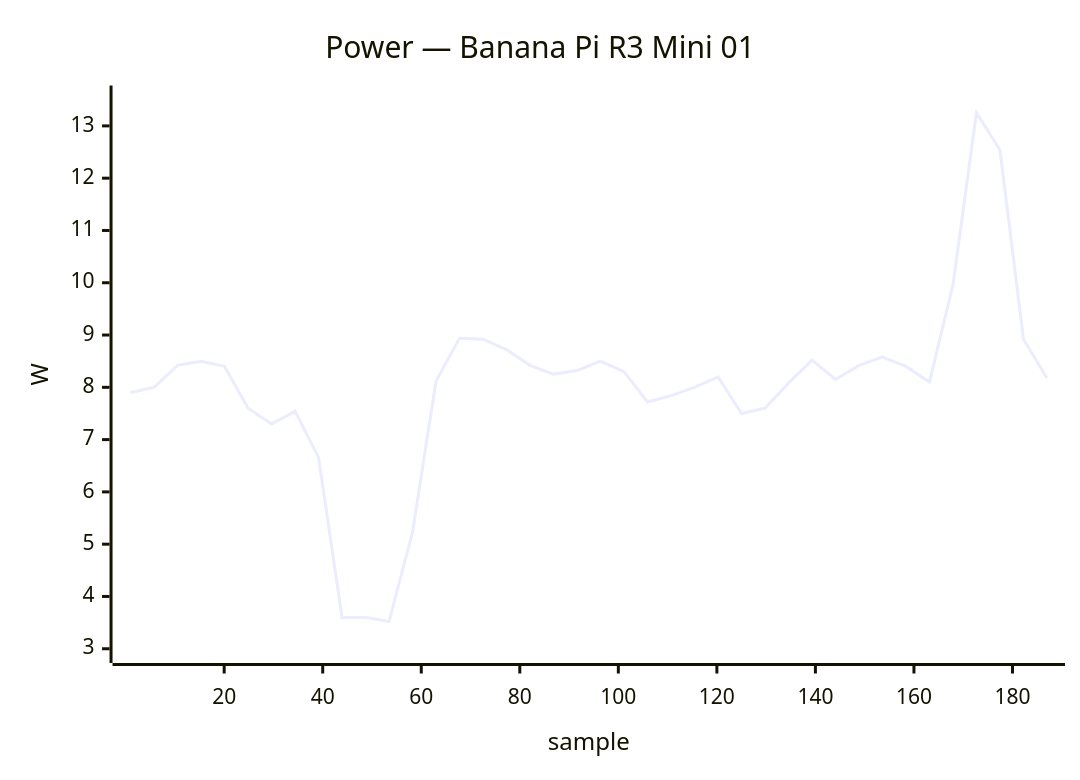
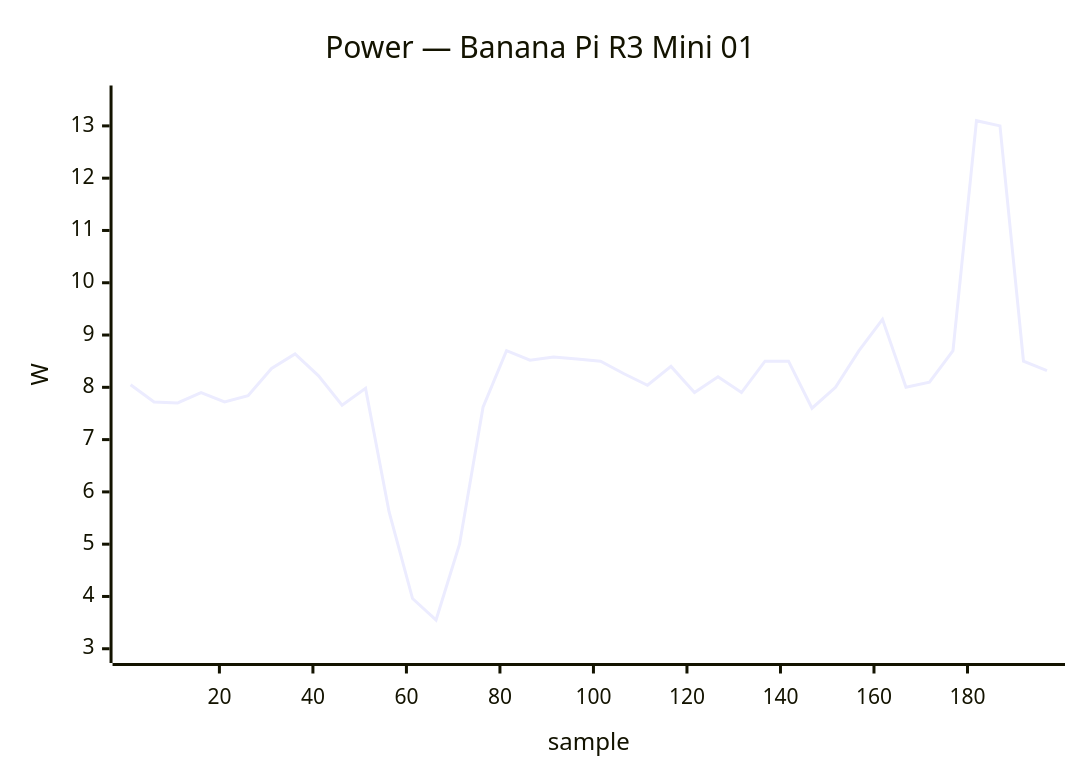
One commit to armbian/documentation changed the ninth of 41 diagrams in docs/status/board-tests.md. Above: the diagram before and after it, drawn with Mermaid. The commit also changed other lines of this file, not shown here.

````diff
--- a/docs/status/board-tests.md
+++ b/docs/status/board-tests.md
@@ -465,7 +370,7 @@
 ```mermaid
 xychart-beta
     title "Power — Banana Pi R3 Mini 01"
-    x-axis "sample" 1 --> 187
+    x-axis "sample" 1 --> 197
     y-axis "W" 3.0 --> 13.5
-    line [7.90, 8.00, 8.42, 8.50, 8.40, 7.60, 7.30, 7.54, 6.66, 3.60, 3.60, 3.52, 5.23, 8.12, 8.94, 8.92, 8.72, 8.42, 8.25, 8.32, 8.50, 8.30, 7.72, 7.84, 8.00, 8.20, 7.50, 7.60, 8.08, 8.52, 8.15, 8.42, 8.58, 8.40, 8.10, 9.96, 13.25, 12.54, 8.92, 8.18]
+    line [8.05, 7.72, 7.70, 7.90, 7.72, 7.84, 8.36, 8.64, 8.22, 7.66, 7.98, 5.62, 3.96, 3.55, 5.00, 7.62, 8.70, 8.52, 8.58, 8.54, 8.50, 8.26, 8.04, 8.40, 7.90, 8.20, 7.90, 8.50, 8.50, 7.60, 8.00, 8.70, 9.30, 8.00, 8.10, 8.70, 13.10, 13.00, 8.50, 8.32]
 ```
````
